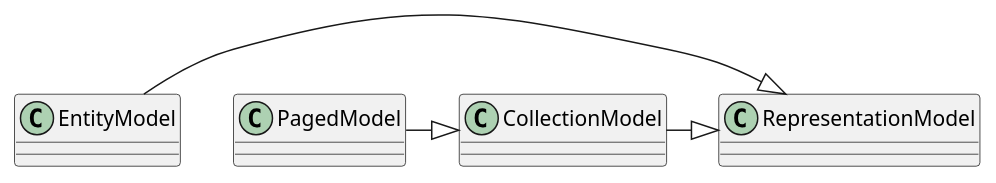
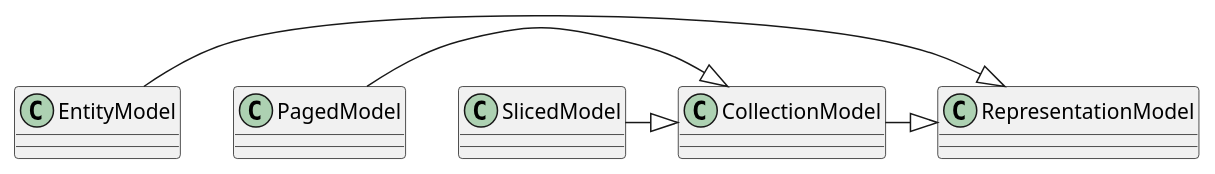
The diagram in src/main/asciidoc/fundamentals.adoc (spring-projects/spring-hateoas), drawn with PlantUML before and after one commit. The commit also changed 1 other file, not shown here.

Commit message:
#1856 - Update reference docs to mention SlicedModel.
Add missing asciidoctorj-diagram dependency to render PlantUML diagrams correctly.

```diff
--- a/src/main/asciidoc/fundamentals.adoc
+++ b/src/main/asciidoc/fundamentals.adoc
@@ -112,11 +112,13 @@
 [plantuml, diagram-classes, svg]
 ....
 class RepresentationModel
 class EntityModel
 class CollectionModel
 class PagedModel
+class SlicedModel
 
 EntityModel -|> RepresentationModel
 CollectionModel -|> RepresentationModel
 PagedModel -|> CollectionModel
+SlicedModel -|> CollectionModel
 ....
```
